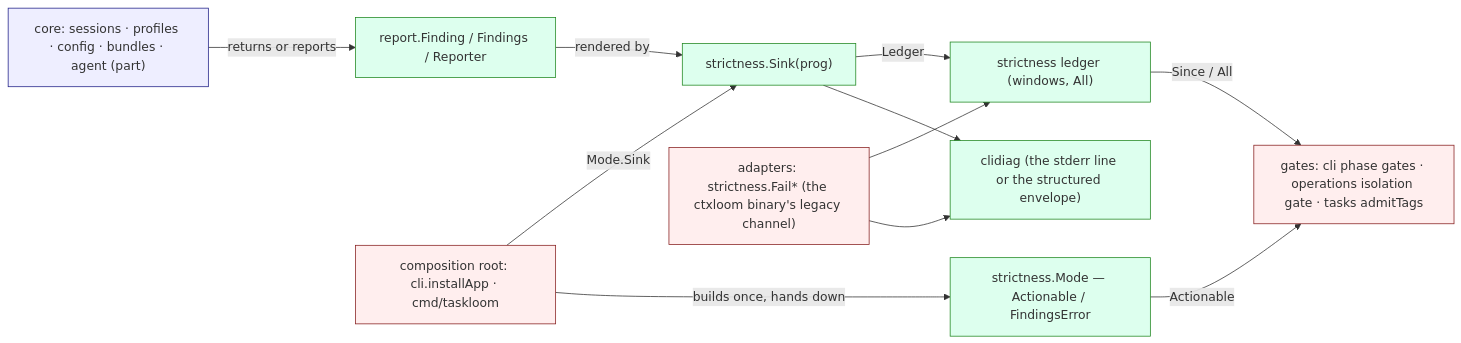
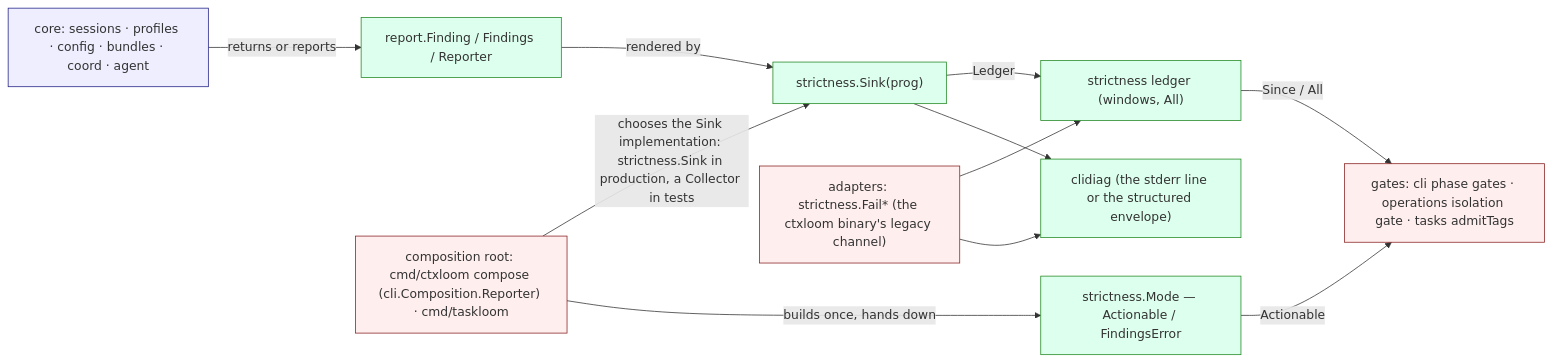
Before and after one commit to ctxloom/ctxloom: the diagram in docs/architecture/shared/strictness.md, drawn with Mermaid. The commit also changed other lines of this file and 4 other files, not shown here.

First line of the commit message:
docs(architecture): slice 15's landed state — the core rows exhausted, the composition root, the toolbox renderer

````diff
--- a/docs/architecture/shared/strictness.md
+++ b/docs/architecture/shared/strictness.md
@@ -15,25 +15,25 @@
 ```mermaid
 flowchart LR
   classDef core fill:#eef,stroke:#228
   classDef tool fill:#dfe,stroke:#282
   classDef adapter fill:#fee,stroke:#822
-  CORE["core: sessions · profiles · config · bundles · agent (part)"]:::core
+  CORE["core: sessions · profiles · config · bundles · coord · agent"]:::core
   REP["report.Finding / Findings / Reporter"]:::tool
   SINK["strictness.Sink(prog)"]:::tool
   CD["clidiag (the stderr line or the structured envelope)"]:::tool
   LED["strictness ledger (windows, All)"]:::tool
   MODE["strictness.Mode — Actionable / FindingsError"]:::tool
-  ROOT["composition root: cli.installApp · cmd/taskloom"]:::adapter
+  ROOT["composition root: cmd/ctxloom compose (cli.Composition.Reporter) · cmd/taskloom"]:::adapter
   GATE["gates: cli phase gates · operations isolation gate · tasks admitTags"]:::adapter
   LEG["adapters: strictness.Fail* (the ctxloom binary's legacy channel)"]:::adapter
   CORE -->|returns or reports| REP
   ROOT -->|builds once, hands down| MODE
-  ROOT -->|Mode.Sink| SINK
+  ROOT -->|chooses the Sink implementation: strictness.Sink in production, a Collector in tests| SINK
   REP -->|rendered by| SINK
   SINK --> CD
   SINK -->|Ledger| LED
   LEG --> CD
   LEG --> LED
   LED -->|Since / All| GATE
   MODE -->|Actionable| GATE
 ```
````
